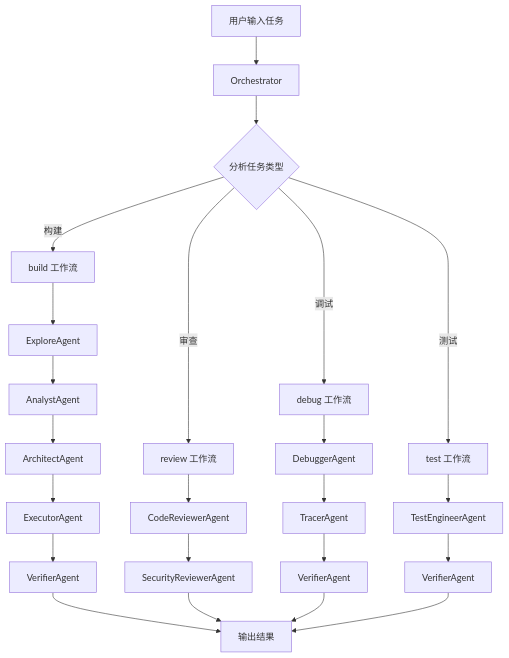
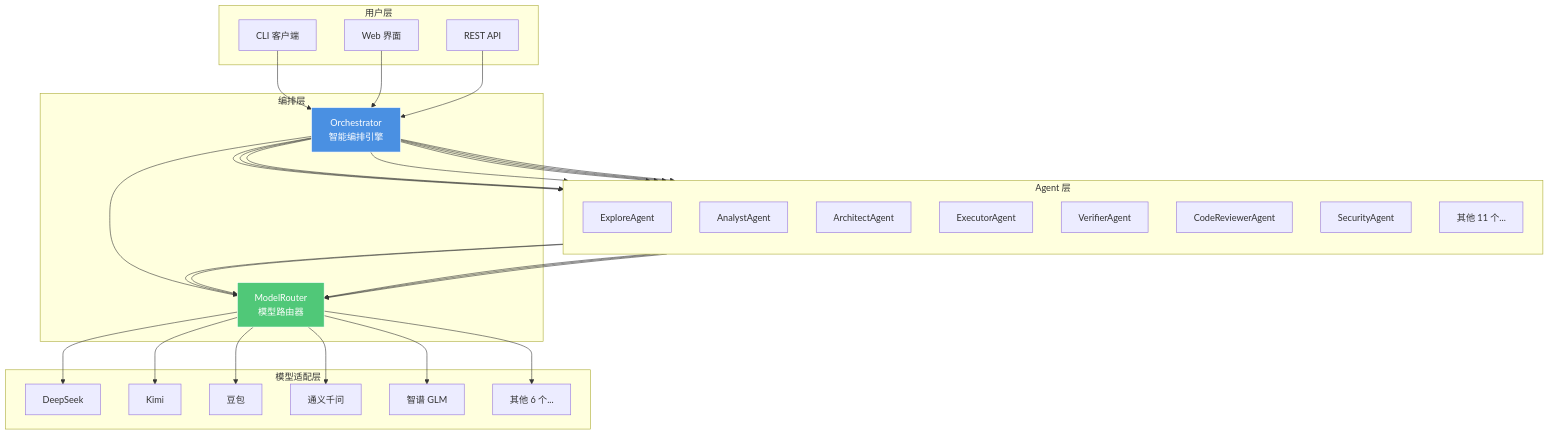
Before and after one commit to VOBC/oh-my-coder: the first of 10 diagrams in docs/ARCHITECTURE.md, drawn with Mermaid. The commit also changed other lines of this file and 3 other files, not shown here.

````diff
--- a/docs/ARCHITECTURE.md
+++ b/docs/ARCHITECTURE.md
@@ -93,31 +5,64 @@
 ```mermaid
-flowchart TD
-    A[用户输入任务] --> B[Orchestrator]
-    B --> C{分析任务类型}
+graph TB
+    subgraph 用户层["用户层"]
+        CLI[CLI 客户端]
+        WEB[Web 界面]
+        API[REST API]
+    end
+
+    subgraph 编排层["编排层"]
+        ORCH[Orchestrator<br/>智能编排引擎]
+        ROUTER[ModelRouter<br/>模型路由器]
+    end
+
+    subgraph Agent层["Agent 层"]
+        direction TB
+        A1[ExploreAgent]
+        A2[AnalystAgent]
+        A3[ArchitectAgent]
+        A4[ExecutorAgent]
+        A5[VerifierAgent]
+        A6[CodeReviewerAgent]
+        A7[SecurityAgent]
+        A8[其他 11 个...]
+    end
+
+    subgraph 模型层["模型适配层"]
+        M1[DeepSeek]
+        M2[Kimi]
+        M3[豆包]
+        M4[通义千问]
+        M5[智谱 GLM]
+        M6[其他 6 个...]
+    end
+
+    CLI --> ORCH
+    WEB --> ORCH
+    API --> ORCH
     
-    C -->|构建| D[build 工作流]
-    C -->|审查| E[review 工作流]
-    C -->|调试| F[debug 工作流]
-    C -->|测试| G[test 工作流]
-    
-    D --> D1[ExploreAgent]
-    D1 --> D2[AnalystAgent]
-    D2 --> D3[ArchitectAgent]
-    D3 --> D4[ExecutorAgent]
-    D4 --> D5[VerifierAgent]
-    
-    E --> E1[CodeReviewerAgent]
-    E1 --> E2[SecurityReviewerAgent]
-    
-    F --> F1[DebuggerAgent]
-    F1 --> F2[TracerAgent]
-    F2 --> F3[VerifierAgent]
-    
-    G --> G1[TestEngineerAgent]
-    G1 --> G2[VerifierAgent]
-    
-    D5 --> H[输出结果]
-    E2 --> H
-    F3 --> H
-    G2 --> H
+    ORCH --> ROUTER
+    ORCH --> A1
+    ORCH --> A2
+    ORCH --> A3
+    ORCH --> A4
+    ORCH --> A5
+    ORCH --> A6
+    ORCH --> A7
+    ORCH --> A8
+
+    A1 --> ROUTER
+    A2 --> ROUTER
+    A3 --> ROUTER
+    A4 --> ROUTER
+    A5 --> ROUTER
+
+    ROUTER --> M1
+    ROUTER --> M2
+    ROUTER --> M3
+    ROUTER --> M4
+    ROUTER --> M5
+    ROUTER --> M6
+
+    style ORCH fill:#4A90E2,stroke:#fff,color:#fff
+    style ROUTER fill:#50C878,stroke:#fff,color:#fff
 ```
````
